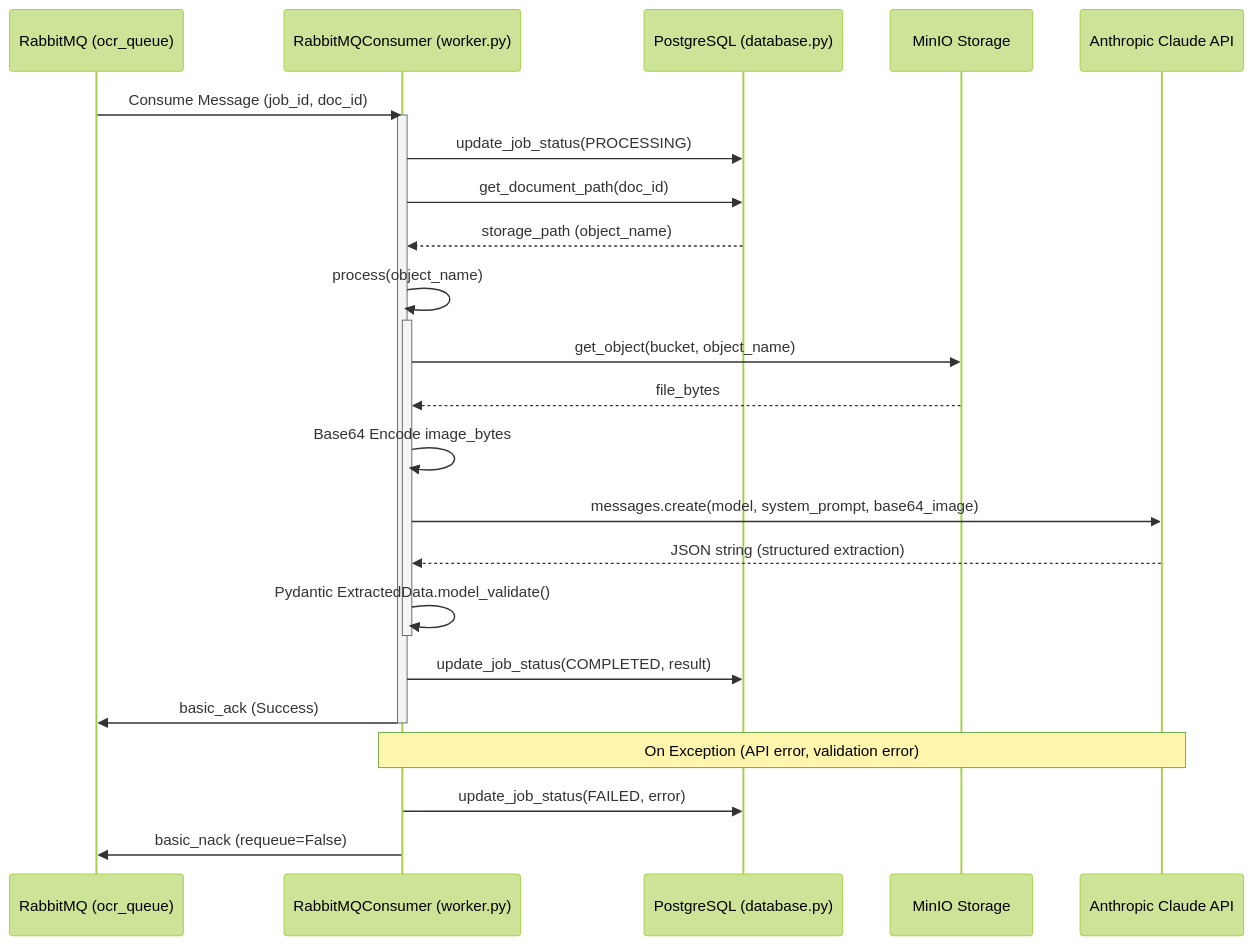
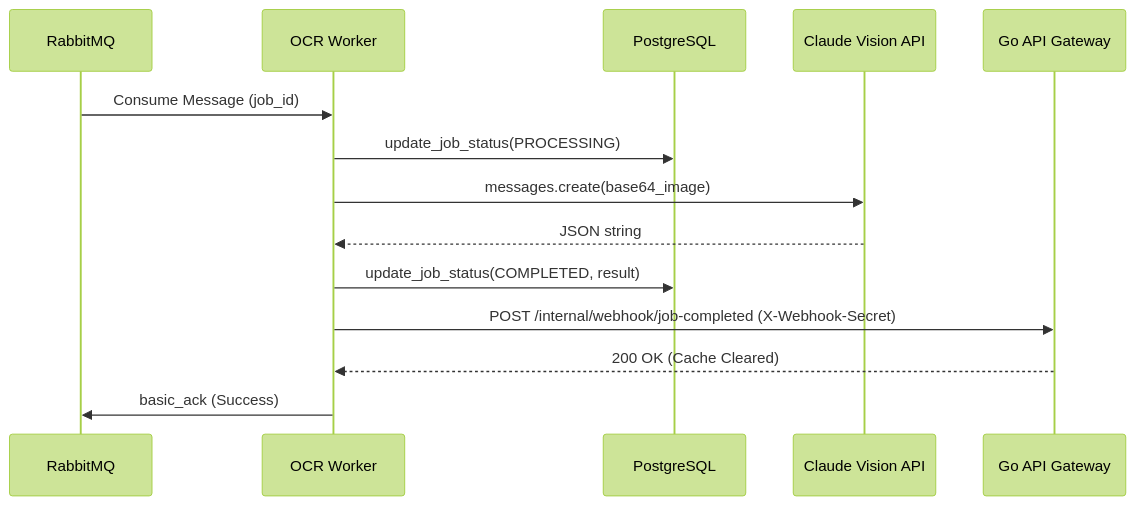
Before and after one commit to nmduc1106/idp-system-core: the diagram in ocr-worker/README_SERVICE.md, drawn with Mermaid (forest theme). The commit also changed other lines of this file and 24 other files, not shown here.

Commit message:
feat(core): implement pagination, redis cache invalidation via webhook, and robust SSE real-time sync

````diff
--- a/ocr-worker/README_SERVICE.md
+++ b/ocr-worker/README_SERVICE.md
@@ -20,31 +21,17 @@
 ```mermaid
 sequenceDiagram
-    participant RMQ as RabbitMQ (ocr_queue)
-    participant Worker as RabbitMQConsumer (worker.py)
-    participant DB as PostgreSQL (database.py)
-    participant MinIO as MinIO Storage
-    participant Claude as Anthropic Claude API
+    participant RMQ as RabbitMQ
+    participant Worker as OCR Worker
+    participant DB as PostgreSQL
+    participant Claude as Claude Vision API
+    participant GoAPI as Go API Gateway
 
-    RMQ->>Worker: Consume Message (job_id, doc_id)
-    activate Worker
+    RMQ->>Worker: Consume Message (job_id)
     Worker->>DB: update_job_status(PROCESSING)
-    Worker->>DB: get_document_path(doc_id)
-    DB-->>Worker: storage_path (object_name)
-    Worker->>Worker: process(object_name)
-    activate Worker
-    Worker->>MinIO: get_object(bucket, object_name)
-    MinIO-->>Worker: file_bytes
-    Worker->>Worker: Base64 Encode image_bytes
-    Worker->>Claude: messages.create(model, system_prompt, base64_image)
-    Claude-->>Worker: JSON string (structured extraction)
-    Worker->>Worker: Pydantic ExtractedData.model_validate()
-    deactivate Worker
+    Worker->>Claude: messages.create(base64_image)
+    Claude-->>Worker: JSON string
     Worker->>DB: update_job_status(COMPLETED, result)
+    Worker->>GoAPI: POST /internal/webhook/job-completed (X-Webhook-Secret)
+    GoAPI-->>Worker: 200 OK (Cache Cleared)
     Worker->>RMQ: basic_ack (Success)
-    deactivate Worker
-
-    %% Error Flow
-    Note over Worker, Claude: On Exception (API error, validation error)
-    Worker->>DB: update_job_status(FAILED, error)
-    Worker->>RMQ: basic_nack (requeue=False)
 ```
````
